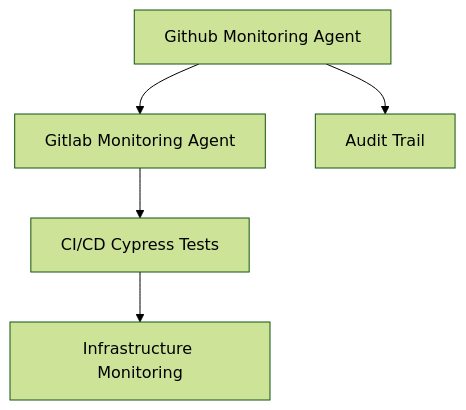
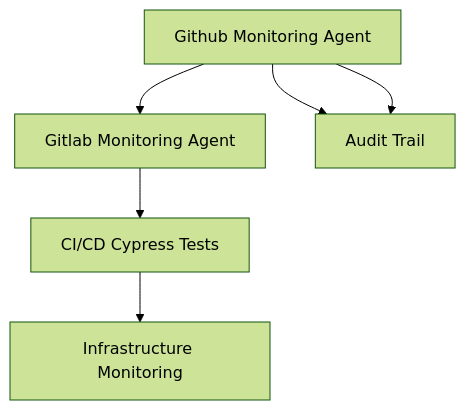
The diagram in products/MR/README.md (OpenATO/Roadmap), drawn with Mermaid (forest theme) before and after one commit.

````diff
--- a/products/MR/README.md
+++ b/products/MR/README.md
@@ -22,7 +22,8 @@
 ```mermaid
 graph TD
 A[Github Monitoring Agent] --> B[Gitlab Monitoring Agent]
+A --> E[Audit Trail]
 B --> C[CI/CD Cypress Tests]
 C --> D[Infrastructure Monitoring]
 A --> E[Audit Trail]
 ```
````
